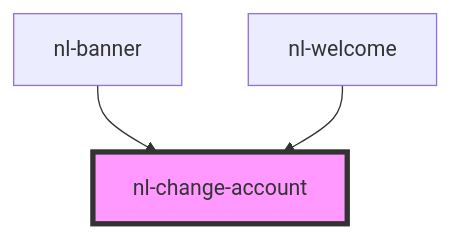
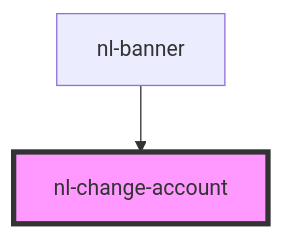
One commit to nostrband/nostr-login changed the diagram in packages/components/src/components/nl-change-account/readme.md. Above: the diagram before and after it, drawn with Mermaid. The commit also changed other lines of this file and 19 other files, not shown here.

````diff
--- a/packages/components/src/components/nl-change-account/readme.md
+++ b/packages/components/src/components/nl-change-account/readme.md
@@ -32,6 +31,5 @@
 ```mermaid
 graph TD;
   nl-banner --> nl-change-account
-  nl-welcome --> nl-change-account
   style nl-change-account fill:#f9f,stroke:#333,stroke-width:4px
 ```
````
